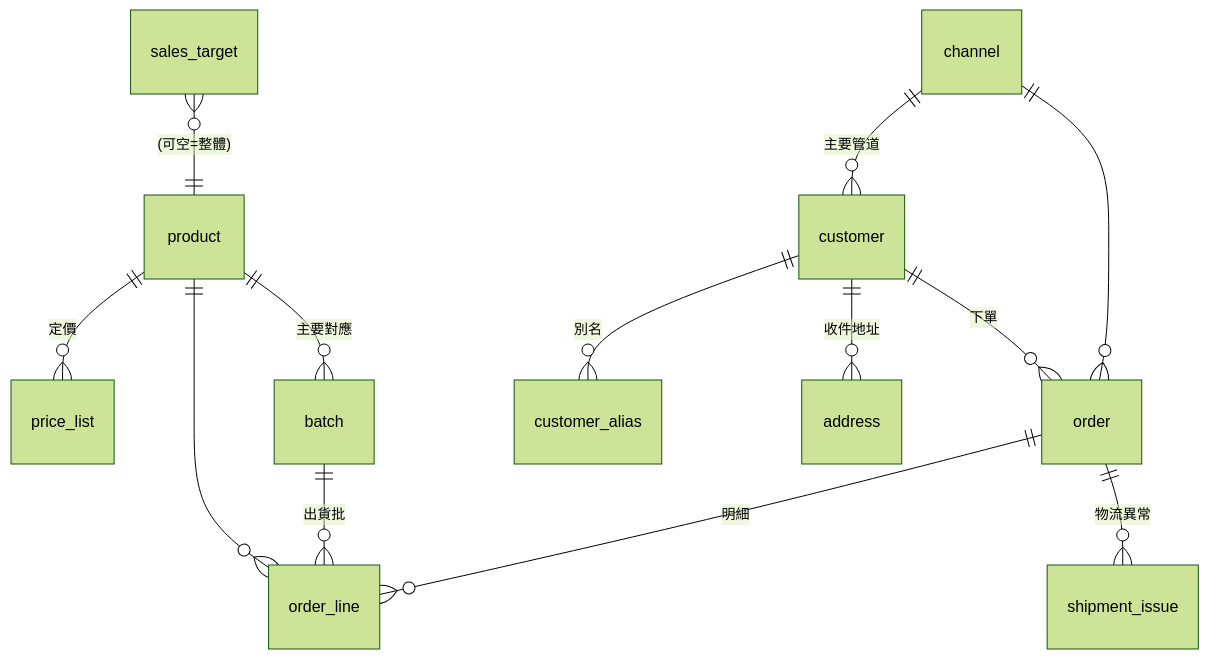
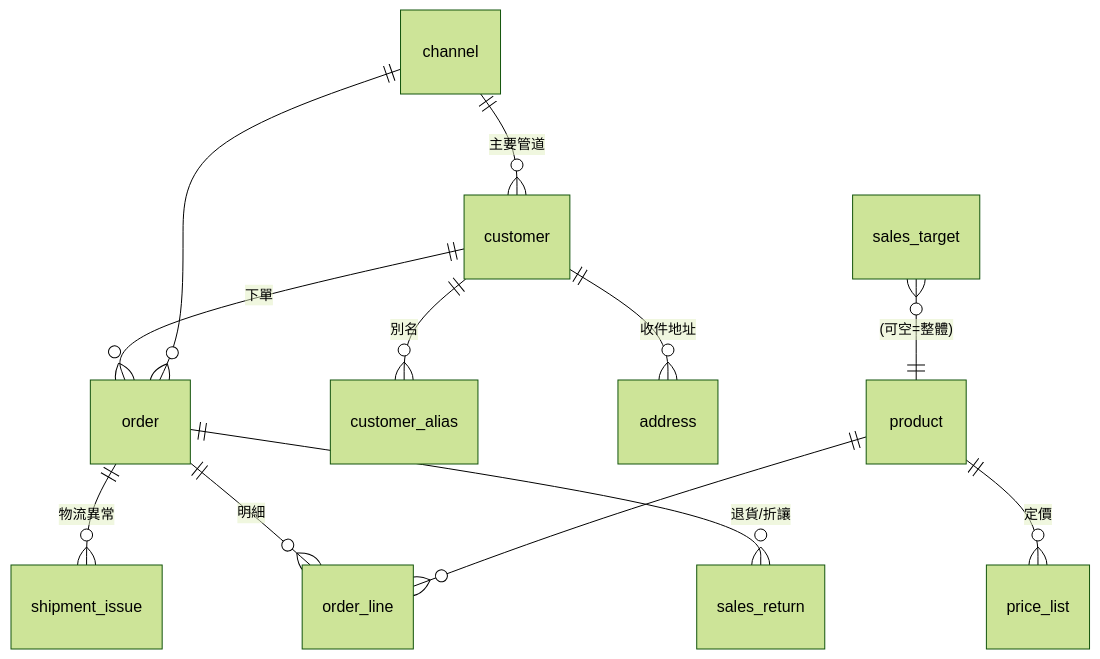
The second of 2 diagrams in app/docs/系統文件.md (chihsuanwang/Jun-Shuo), drawn with Mermaid (forest theme) before and after one commit. The commit also changed other lines of this file and 4 other files, not shown here.

````diff
--- a/app/docs/系統文件.md
+++ b/app/docs/系統文件.md
@@ -53,15 +53,14 @@
 ```mermaid
 erDiagram
     channel     ||--o{ customer     : "主要管道"
     channel     ||--o{ "order"      : ""
     customer    ||--o{ customer_alias: "別名"
     customer    ||--o{ address       : "收件地址"
     customer    ||--o{ "order"       : "下單"
     product     ||--o{ price_list    : "定價"
     product     ||--o{ order_line    : ""
-    product     ||--o{ batch         : "主要對應"
-    batch       ||--o{ order_line    : "出貨批"
     "order"     ||--o{ order_line    : "明細"
     "order"     ||--o{ shipment_issue: "物流異常"
+    "order"     ||--o{ sales_return  : "退貨/折讓"
     sales_target }o--|| product      : "(可空=整體)"
 ```
````
